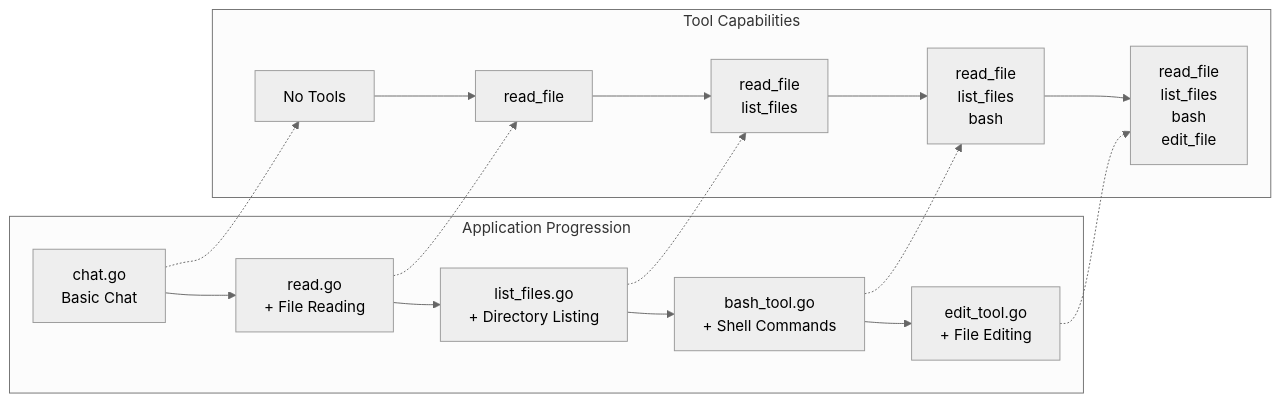
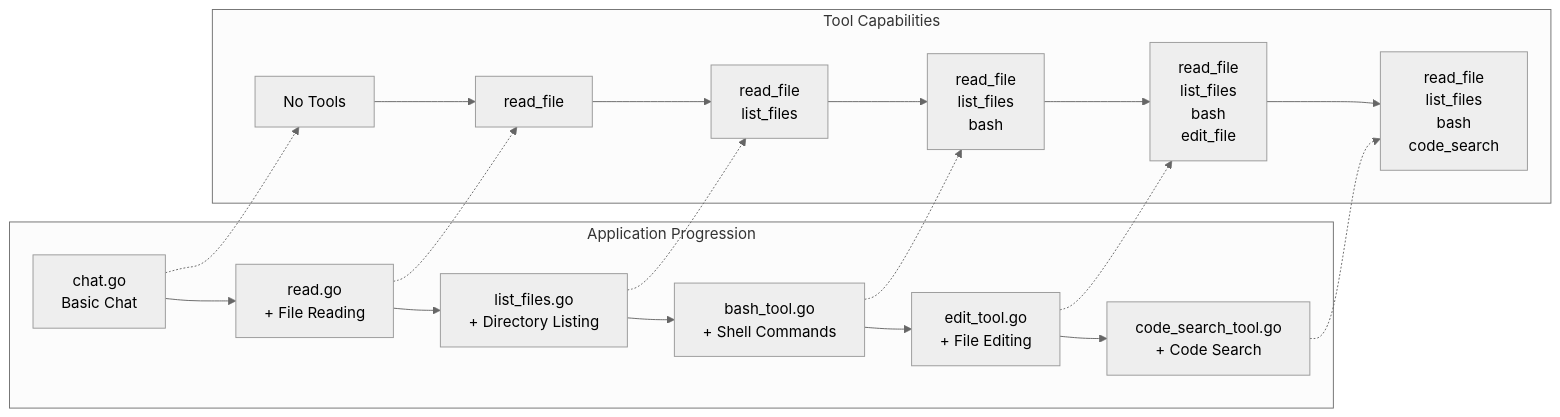
Before and after one commit to jperrello/BRUTUS: the second of 3 diagrams in README.md, drawn with Mermaid (neutral theme). The commit also changed other lines of this file and 1 other file, not shown here.

First line of the commit message:
Add code search agent with ripgrep integration

````diff
--- a/README.md
+++ b/README.md
@@ -60,22 +62,25 @@
 ```mermaid
 graph LR
     subgraph "Application Progression"
         A[chat.go<br/>Basic Chat] --> B[read.go<br/>+ File Reading]
         B --> C[list_files.go<br/>+ Directory Listing]
         C --> D[bash_tool.go<br/>+ Shell Commands]
         D --> E[edit_tool.go<br/>+ File Editing]
+        E --> F[code_search_tool.go<br/>+ Code Search]
     end
     
     subgraph "Tool Capabilities"
-        F[No Tools] --> G[read_file]
-        G --> H[read_file<br/>list_files]
-        H --> I[read_file<br/>list_files<br/>bash]
-        I --> J[read_file<br/>list_files<br/>bash<br/>edit_file]
+        G[No Tools] --> H[read_file]
+        H --> I[read_file<br/>list_files]
+        I --> J[read_file<br/>list_files<br/>bash]
+        J --> K[read_file<br/>list_files<br/>bash<br/>edit_file]
+        K --> L[read_file<br/>list_files<br/>bash<br/>code_search]
     end
     
-    A -.-> F
-    B -.-> G
-    C -.-> H
-    D -.-> I
-    E -.-> J
+    A -.-> G
+    B -.-> H
+    C -.-> I
+    D -.-> J
+    E -.-> K
+    F -.-> L
 ```
````
